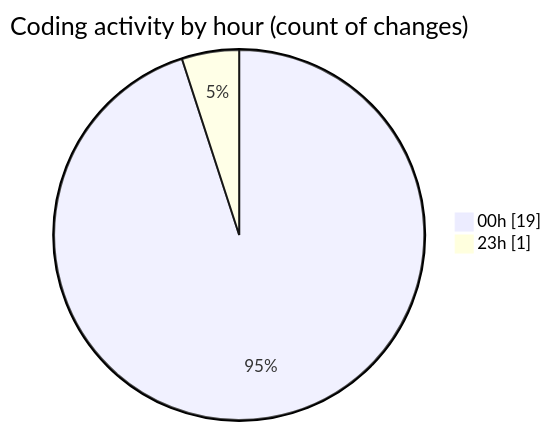
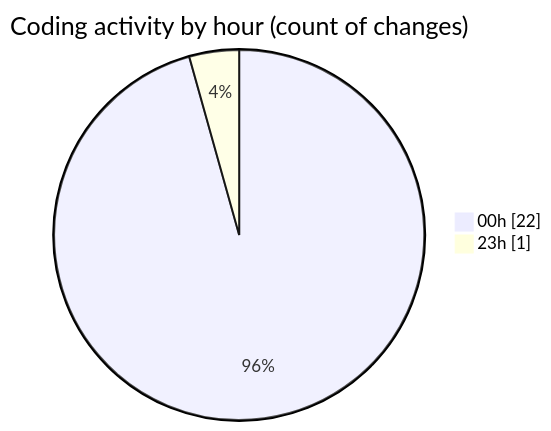
One commit to EIIisD/code-tracking changed the second of 2 diagrams in 2025-07-29/refunds/README.md. Above: the diagram before and after it, drawn with Mermaid. The commit also changed other lines of this file and 1 other file, not shown here.

````diff
--- a/2025-07-29/refunds/README.md
+++ b/2025-07-29/refunds/README.md
@@ -28,6 +28,6 @@
 ```mermaid
 pie showData
 title Coding activity by hour (count of changes)
-"00h" : 19
+"00h" : 22
 "23h" : 1
 ```
````
